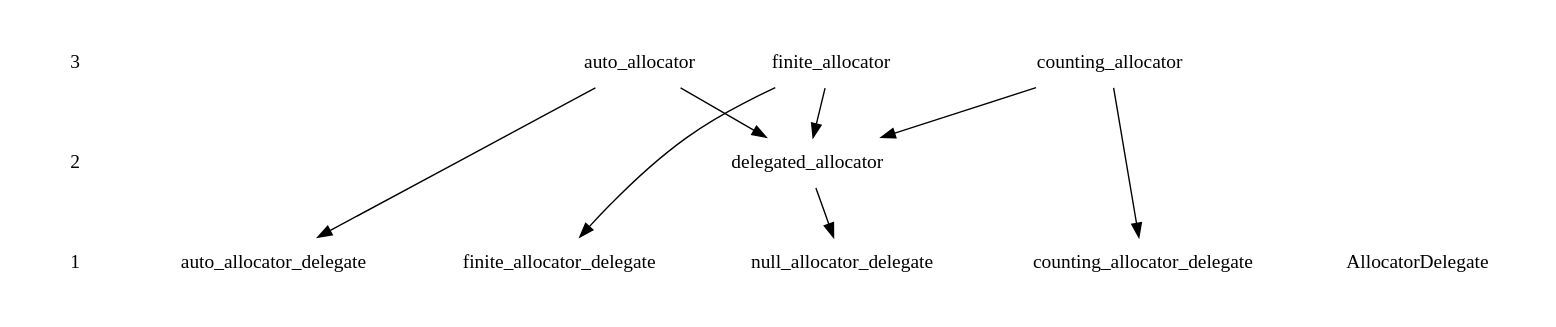
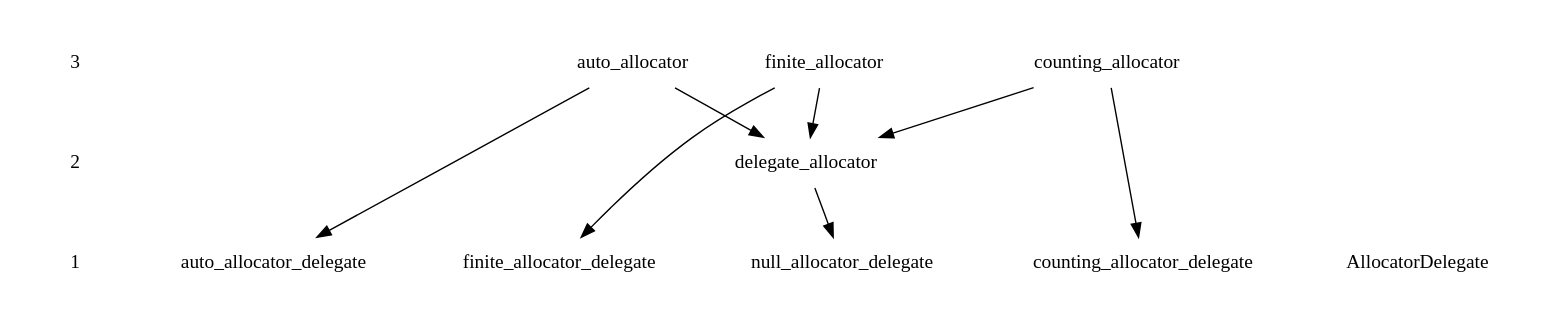
The diagram in doc/level.dot (jeffs/tgc), drawn with Graphviz before and after one commit. The commit also changed 7 other files, not shown here.

Commit message:
Rename delegated_allocator to delegate_allocator.

```diff
--- a/doc/level.dot
+++ b/doc/level.dot
@@ -1,34 +1,34 @@
 digraph Levels {
     compound=true;
     fontsize=12;
     node [shape=none];
     style=invis;
 
     subgraph cluster_legend {
         edge [style=invis];
 
         3 -> 2 -> 1;
     }
 
     subgraph cluster_level2 {
              auto_allocator;
            finite_allocator;
-        delegated_allocator;
+         delegate_allocator;
     }
 
     subgraph cluster_level1 {
                   AllocatorDelegate;
             auto_allocator_delegate;
             null_allocator_delegate;
           finite_allocator_delegate;
         counting_allocator_delegate;
     }
 
-         auto_allocator ->         delegated_allocator;
+         auto_allocator ->          delegate_allocator;
          auto_allocator ->     auto_allocator_delegate;
-       finite_allocator ->         delegated_allocator;
+       finite_allocator ->          delegate_allocator;
        finite_allocator ->   finite_allocator_delegate;
-     counting_allocator ->         delegated_allocator;
+     counting_allocator ->          delegate_allocator;
      counting_allocator -> counting_allocator_delegate;
-    delegated_allocator ->     null_allocator_delegate;     // for testing
+     delegate_allocator ->     null_allocator_delegate;     // for testing
 }
```
